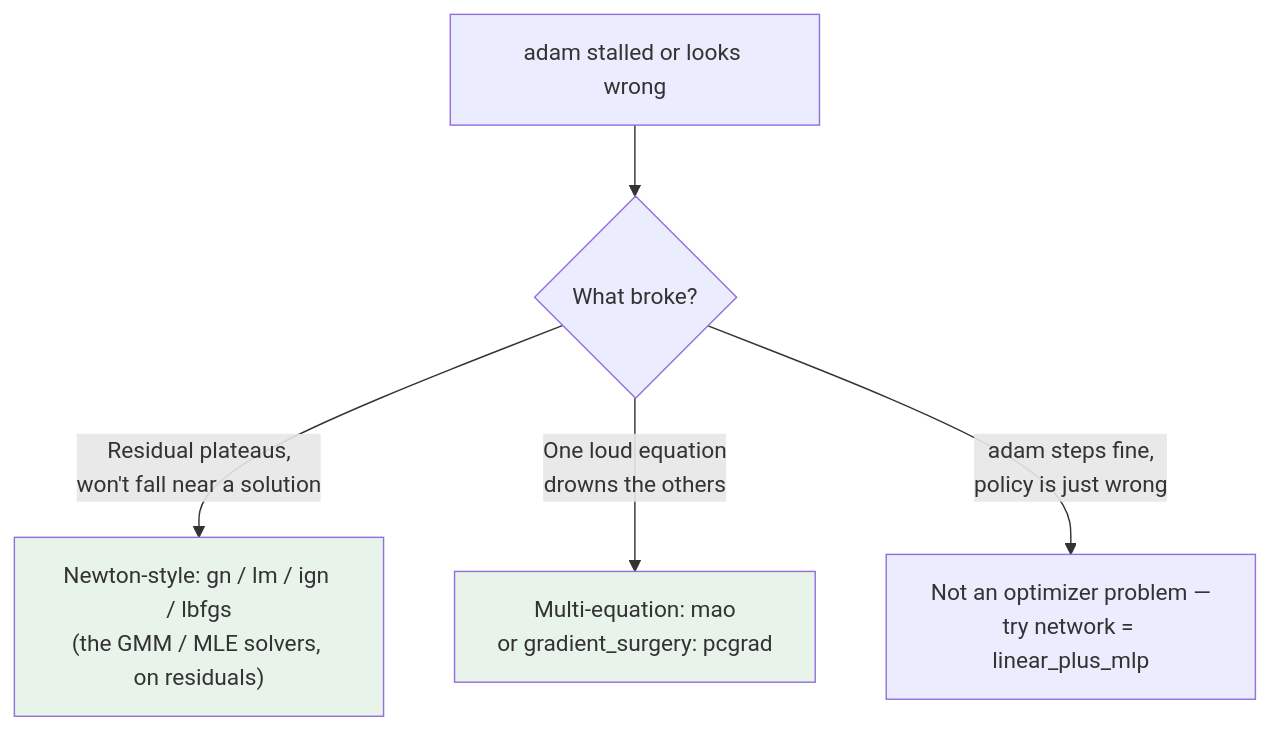
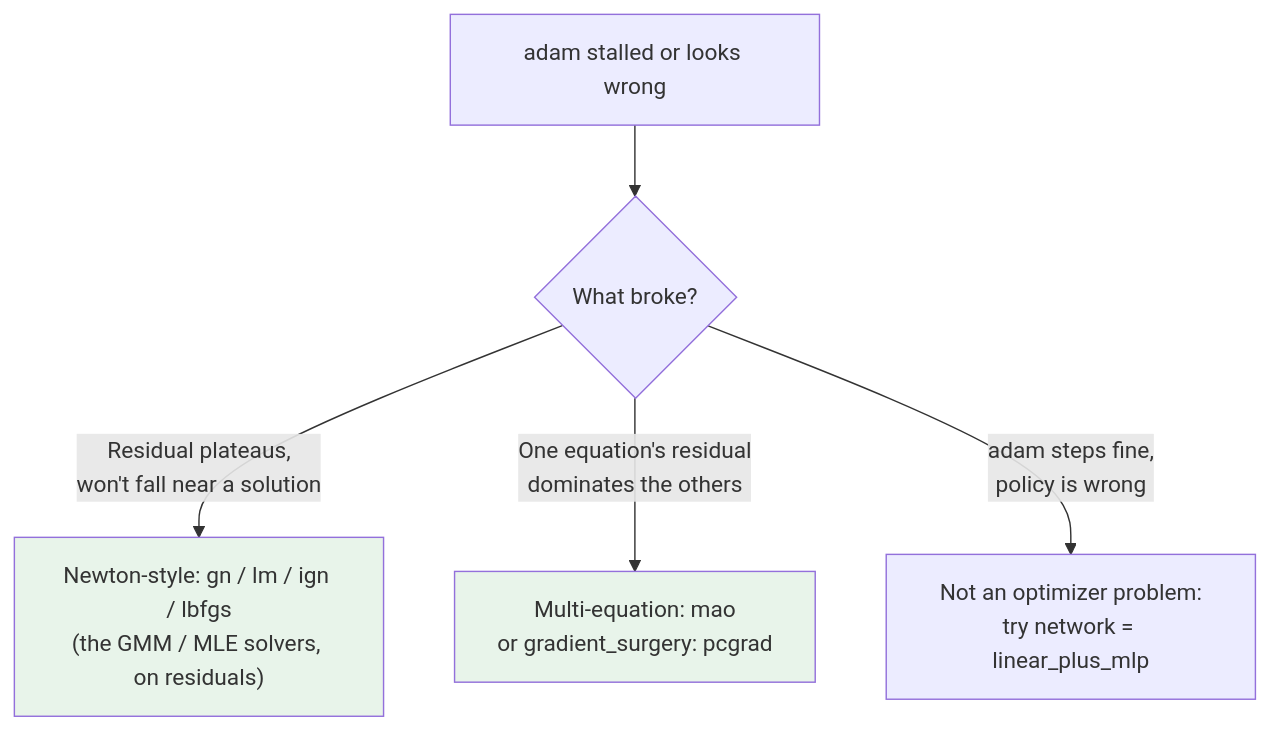
The diagram in docs/site/optimizers/index.md (deqn-jax/deqn-jax), drawn with Mermaid before and after one commit. The commit also changed other lines of this file and 7 other files, not shown here.

````diff
--- a/docs/site/optimizers/index.md
+++ b/docs/site/optimizers/index.md
@@ -8,9 +14,9 @@
 ```mermaid
 flowchart TD
     A["adam stalled or looks wrong"] --> B{What broke?}
     B -->|"Residual plateaus,<br/>won't fall near a solution"| C["Newton-style: gn / lm / ign / lbfgs<br/>(the GMM / MLE solvers, on residuals)"]
-    B -->|"One loud equation<br/>drowns the others"| D["Multi-equation: mao<br/>or gradient_surgery: pcgrad"]
-    B -->|"adam steps fine,<br/>policy is just wrong"| E["Not an optimizer problem —<br/>try network = linear_plus_mlp"]
+    B -->|"One equation's residual<br/>dominates the others"| D["Multi-equation: mao<br/>or gradient_surgery: pcgrad"]
+    B -->|"adam steps fine,<br/>policy is wrong"| E["Not an optimizer problem:<br/>try network = linear_plus_mlp"]
     style C fill:#e8f4ea
     style D fill:#e8f4ea
 ```
````
